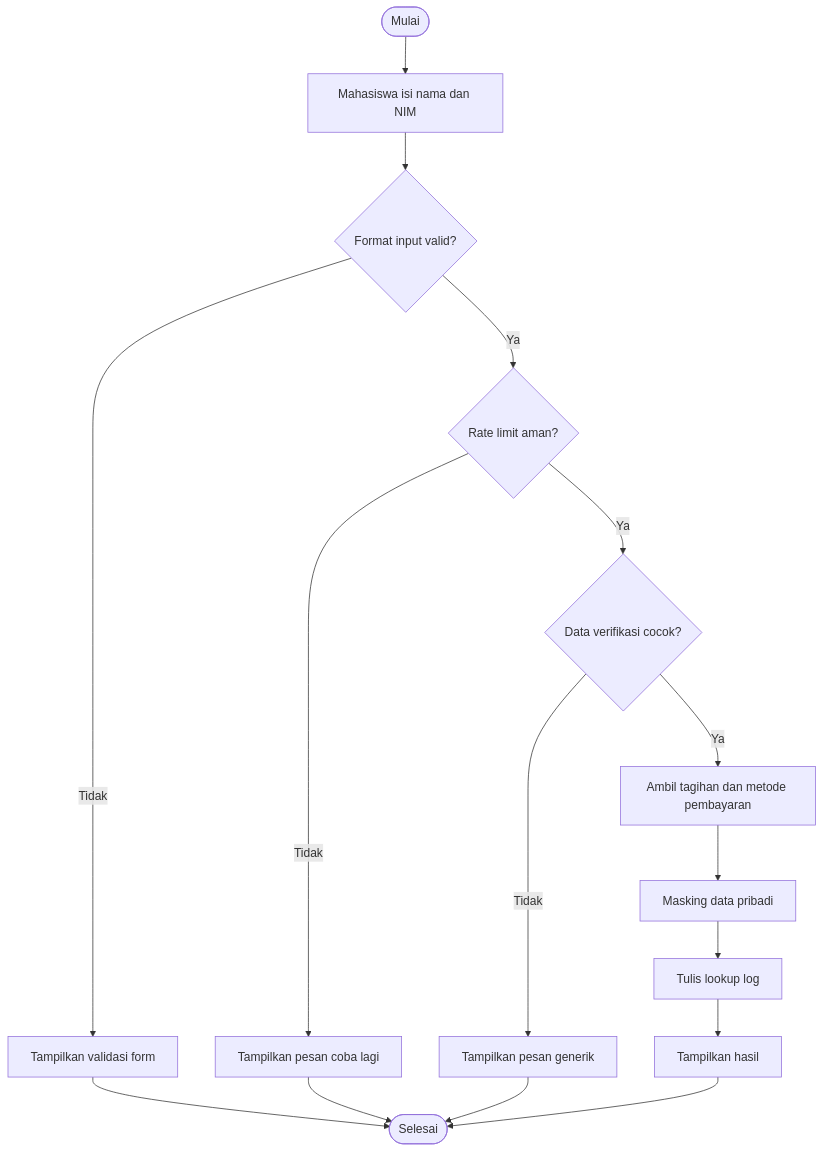
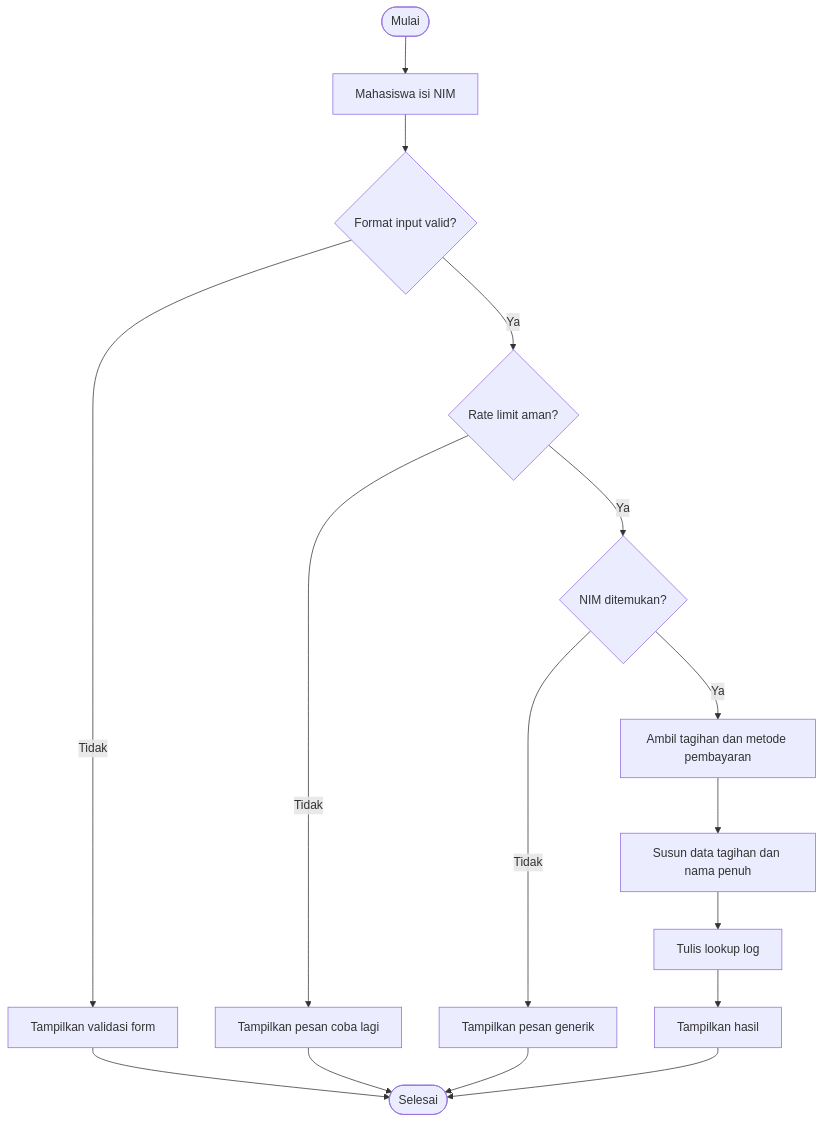
Before and after one commit to mtijan/Salut-Cek-Pembayaran: diagram 15 of 25 in docs/03-diagrams.md, drawn with Mermaid. The commit also changed other lines of this file and 16 other files, not shown here.

Commit message:
feat: establish core project architecture, backend services, documentation, and security baseline definitions

````diff
--- a/docs/03-diagrams.md
+++ b/docs/03-diagrams.md
@@ -460,18 +459,18 @@
 ```mermaid
 flowchart TD
-    Start([Mulai]) --> Input[Mahasiswa isi nama dan NIM]
+    Start([Mulai]) --> Input[Mahasiswa isi NIM]
     Input --> Validate{Format input valid?}
     Validate -->|Tidak| Invalid[Tampilkan validasi form]
     Validate -->|Ya| Rate{Rate limit aman?}
     Rate -->|Tidak| Limited[Tampilkan pesan coba lagi]
-    Rate -->|Ya| Match{Data verifikasi cocok?}
+    Rate -->|Ya| Match{NIM ditemukan?}
     Match -->|Tidak| NotFound[Tampilkan pesan generik]
     Match -->|Ya| Fetch[Ambil tagihan dan metode pembayaran]
-    Fetch --> Mask[Masking data pribadi]
+    Fetch --> Mask[Susun data tagihan dan nama penuh]
     Mask --> Log[Tulis lookup log]
     Log --> Result[Tampilkan hasil]
     Invalid --> End([Selesai])
     Limited --> End
     NotFound --> End
     Result --> End
 ```
````
